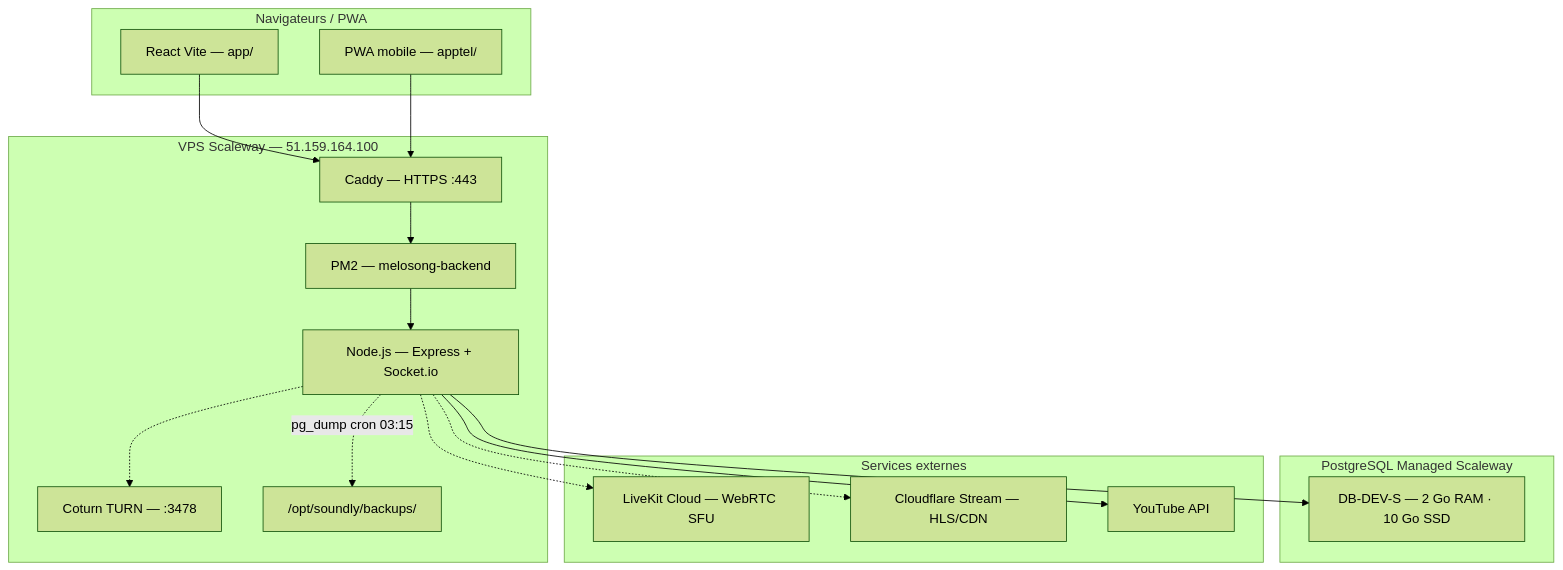
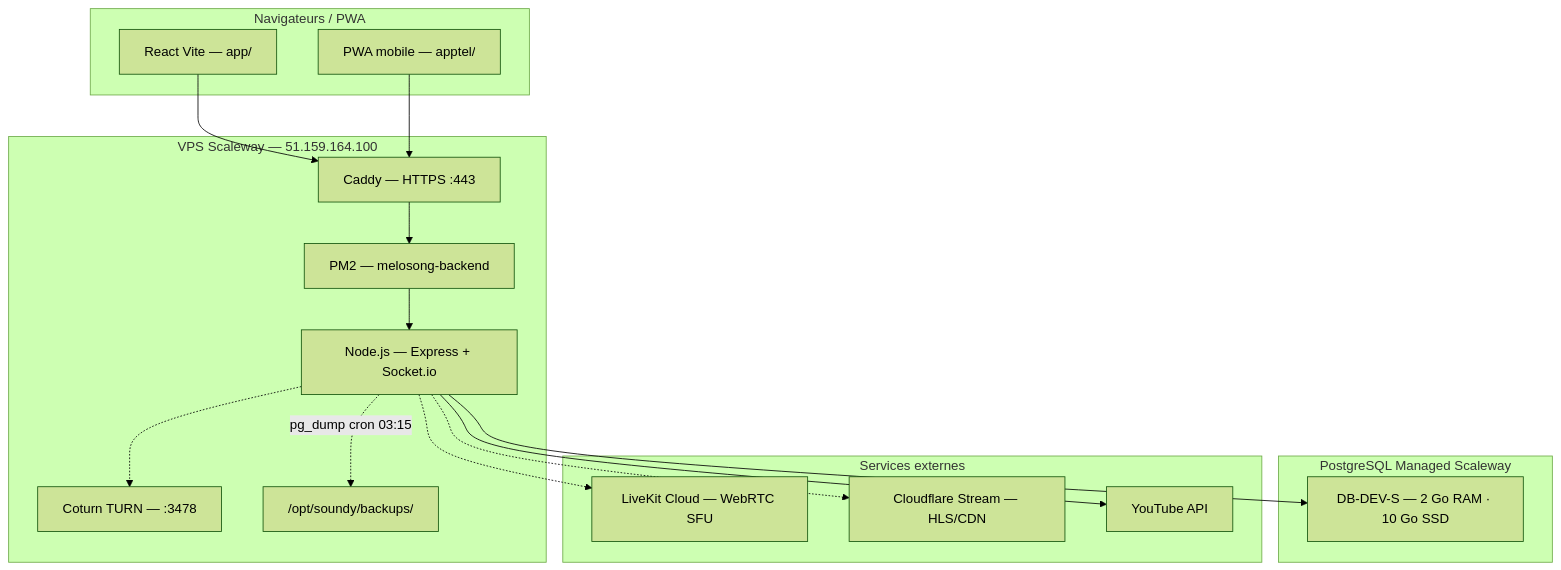
Before and after one commit to valentingoulven-creator/OnScen: the diagram in docs/INFRA-SOUNDY.md, drawn with Mermaid (forest theme). The commit also changed other lines of this file and 512 other files, not shown here.

````diff
--- a/docs/INFRA-SOUNDY.md
+++ b/docs/INFRA-SOUNDY.md
@@ -26,36 +26,36 @@
 ```mermaid
 flowchart TB
   subgraph Client["Navigateurs / PWA"]
     Web["React Vite — app/"]
     Tel["PWA mobile — apptel/"]
   end
 
   subgraph VPS["VPS Scaleway — 51.159.164.100"]
     Caddy["Caddy — HTTPS :443"]
     PM2["PM2 — melosong-backend"]
     Node["Node.js — Express + Socket.io"]
     Coturn["Coturn TURN — :3478"]
-    Backups["/opt/soundly/backups/"]
+    Backups["/opt/soundy/backups/"]
   end
 
   subgraph DB["PostgreSQL Managed Scaleway"]
     PG["DB-DEV-S — 2 Go RAM · 10 Go SSD"]
   end
 
   subgraph External["Services externes"]
     LK["LiveKit Cloud — WebRTC SFU"]
     CF["Cloudflare Stream — HLS/CDN"]
     YT["YouTube API"]
   end
 
   Web --> Caddy
   Tel --> Caddy
   Caddy --> PM2
   PM2 --> Node
   Node --> PG
   Node -.-> Coturn
   Node -.-> LK
   Node -.-> CF
   Node --> YT
   Node -.->|pg_dump cron 03:15| Backups
 ```
````
